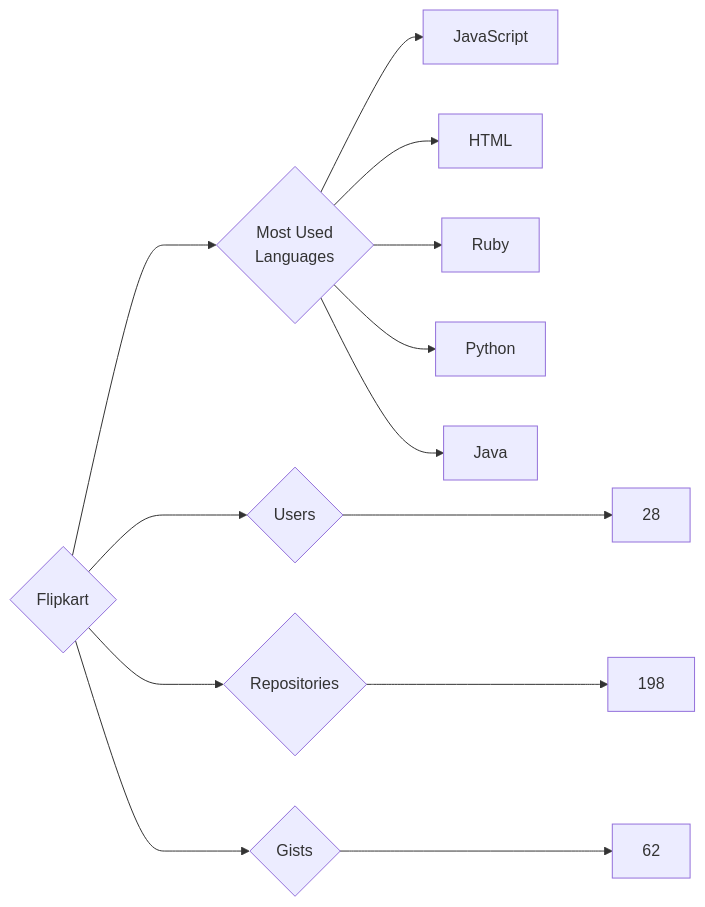
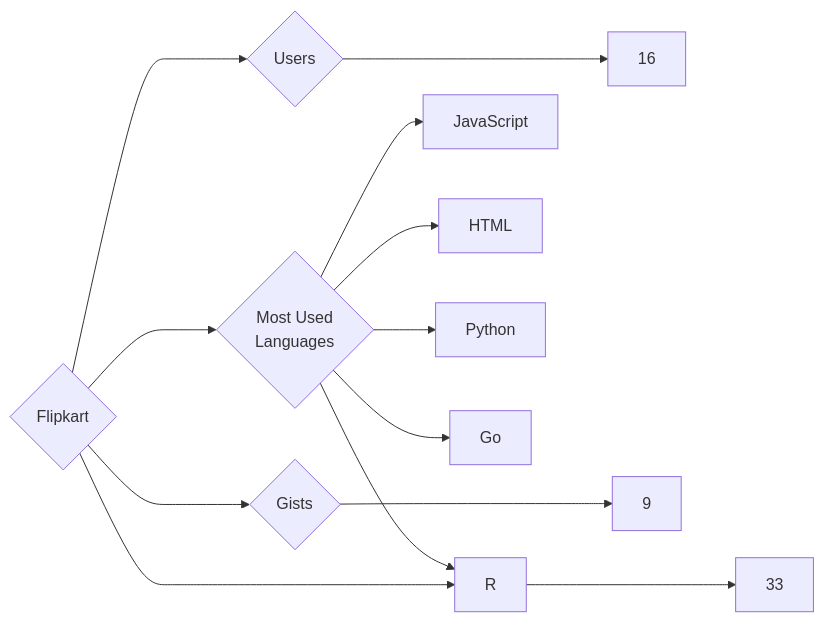
The diagram in targets/Flipkart/README.md (trickest/insiders), drawn with Mermaid before and after one commit. The commit also changed 610 other files, not shown here.

````diff
--- a/targets/Flipkart/README.md
+++ b/targets/Flipkart/README.md
@@ -3,13 +3,13 @@
 ```mermaid
 graph LR
 COMPANY_NAME{Flipkart}
-COMPANY_NAME ---> U{Users} ---> UN[28]
-COMPANY_NAME ---> R{Repositories} ---> RN[198]
-COMPANY_NAME ---> G{Gists} ---> GN[62]
+COMPANY_NAME ---> U{Users} ---> UN[16]
+COMPANY_NAME ---> R{Repositories} ---> RN[33]
+COMPANY_NAME ---> G{Gists} ---> GN[9]
 COMPANY_NAME ---> ML{Most Used<br>Languages}
 ML --> JavaScript[JavaScript]
 ML --> HTML[HTML]
-ML --> Ruby[Ruby]
+ML --> R[R]
 ML --> Python[Python]
-ML --> Java[Java]
+ML --> Go[Go]
 ```
````
